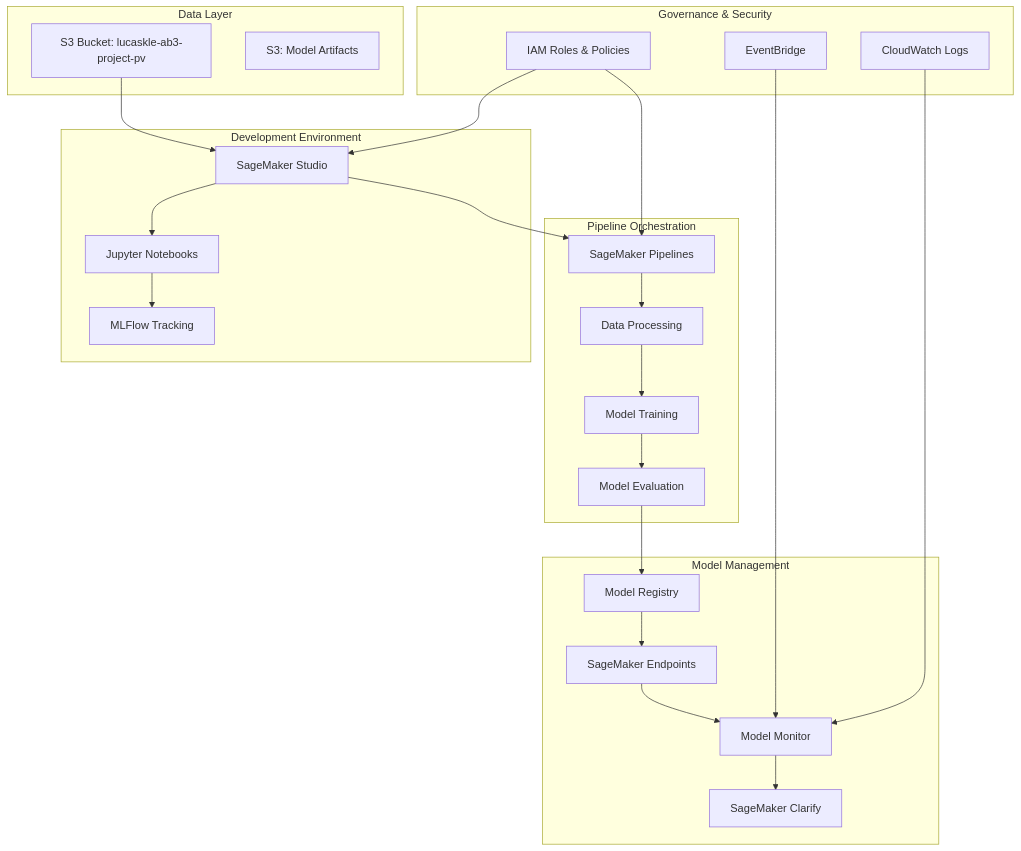
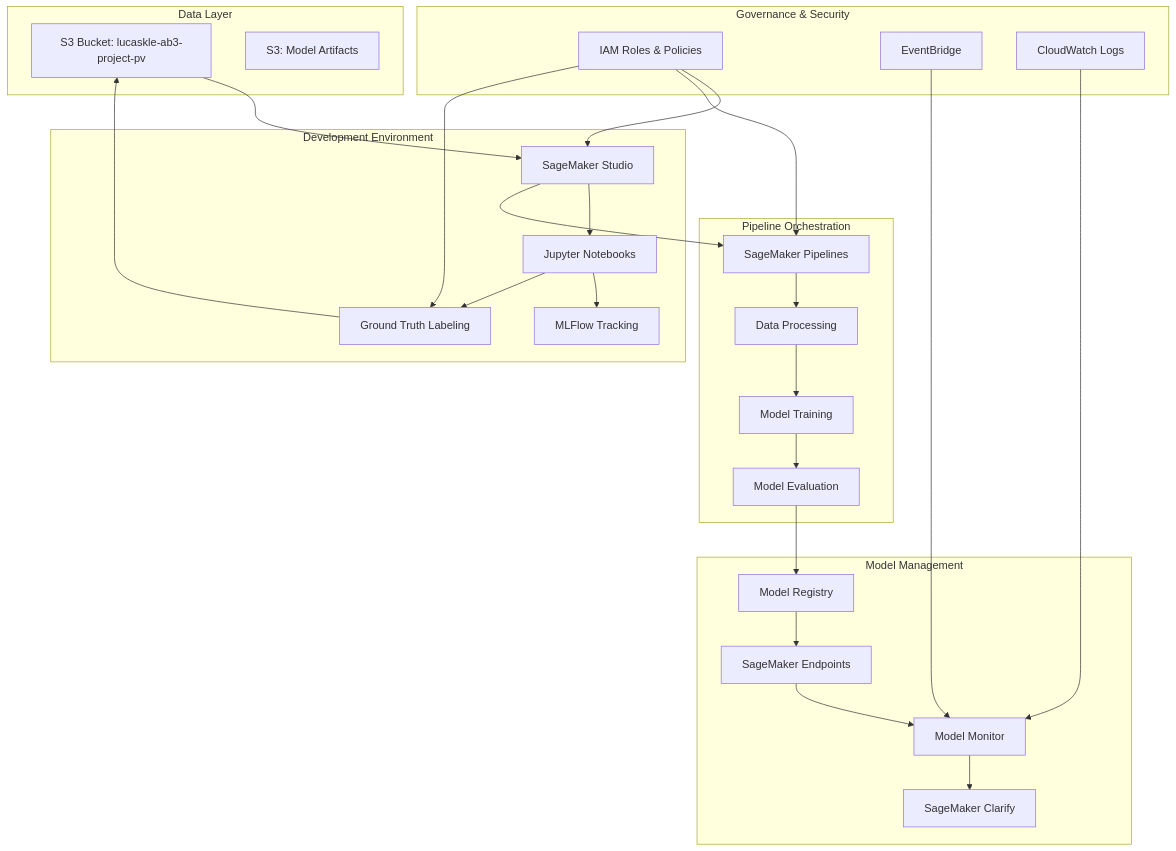
Before and after one commit to lucaskja/ab3-mlops: the first of 3 diagrams in .kiro/specs/mlops-sagemaker-demo/design.md, drawn with Mermaid. The commit also changed other lines of this file and 7 other files, not shown here.

First line of the commit message:
Add SageMaker Ground Truth labeling integration

````diff
--- a/.kiro/specs/mlops-sagemaker-demo/design.md
+++ b/.kiro/specs/mlops-sagemaker-demo/design.md
@@ -13,49 +13,53 @@
 ```mermaid
 graph TB
     subgraph "Data Layer"
         S3[S3 Bucket: lucaskle-ab3-project-pv]
         S3_Artifacts[S3: Model Artifacts]
     end
     
     subgraph "Development Environment"
         Studio[SageMaker Studio]
         Notebooks[Jupyter Notebooks]
         MLFlow[MLFlow Tracking]
+        GroundTruth[Ground Truth Labeling]
     end
     
     subgraph "Pipeline Orchestration"
         Pipeline[SageMaker Pipelines]
         Processing[Data Processing]
         Training[Model Training]
         Evaluation[Model Evaluation]
     end
     
     subgraph "Model Management"
         Registry[Model Registry]
         Endpoints[SageMaker Endpoints]
         Monitor[Model Monitor]
         Clarify[SageMaker Clarify]
     end
     
     subgraph "Governance & Security"
         IAM[IAM Roles & Policies]
         EventBridge[EventBridge]
         CloudWatch[CloudWatch Logs]
     end
     
     S3 --> Studio
     Studio --> Notebooks
     Notebooks --> MLFlow
+    Notebooks --> GroundTruth
+    GroundTruth --> S3
     Studio --> Pipeline
     Pipeline --> Processing
     Processing --> Training
     Training --> Evaluation
     Evaluation --> Registry
     Registry --> Endpoints
     Endpoints --> Monitor
     Monitor --> Clarify
     IAM --> Studio
     IAM --> Pipeline
+    IAM --> GroundTruth
     EventBridge --> Monitor
     CloudWatch --> Monitor
 ```
````
